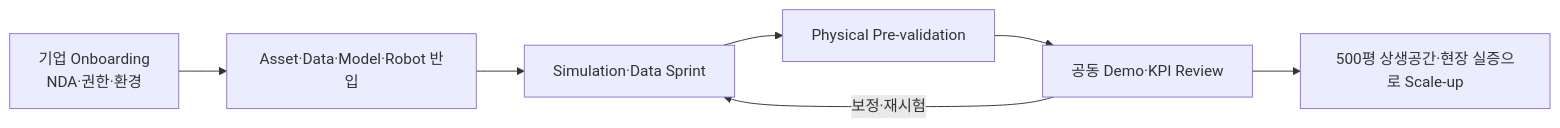
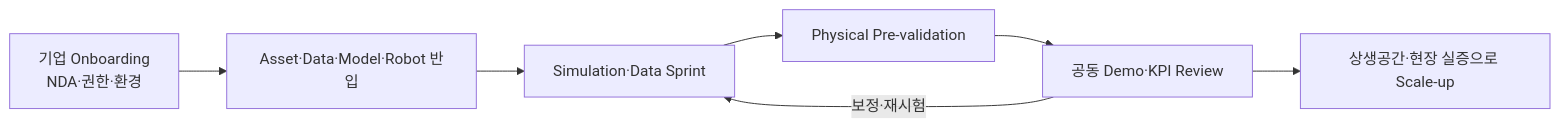
One commit to parclab-hsu/parclab-hsu.github.io changed the tenth of 10 diagrams in homepage-src/docs/projects/manufacturing-data-factory-rfm/technical.md. Above: the diagram before and after it, drawn with Mermaid. The commit also changed other lines of this file and 9 other files, not shown here.

````diff
--- a/homepage-src/docs/projects/manufacturing-data-factory-rfm/technical.md
+++ b/homepage-src/docs/projects/manufacturing-data-factory-rfm/technical.md
@@ -835,9 +858,9 @@
 ```mermaid
 flowchart LR
     ONBOARD["기업 Onboarding<br/>NDA·권한·환경"] --> IMPORT["Asset·Data·Model·Robot 반입"]
     IMPORT --> SPRINT["Simulation·Data Sprint"]
     SPRINT --> PHYSICAL["Physical Pre-validation"]
     PHYSICAL --> REVIEW["공동 Demo·KPI Review"]
     REVIEW -->|보정·재시험| SPRINT
-    REVIEW --> SCALE["500평 상생공간·현장 실증으로 Scale-up"]
+    REVIEW --> SCALE["상생공간·현장 실증으로 Scale-up"]
 ```
````
